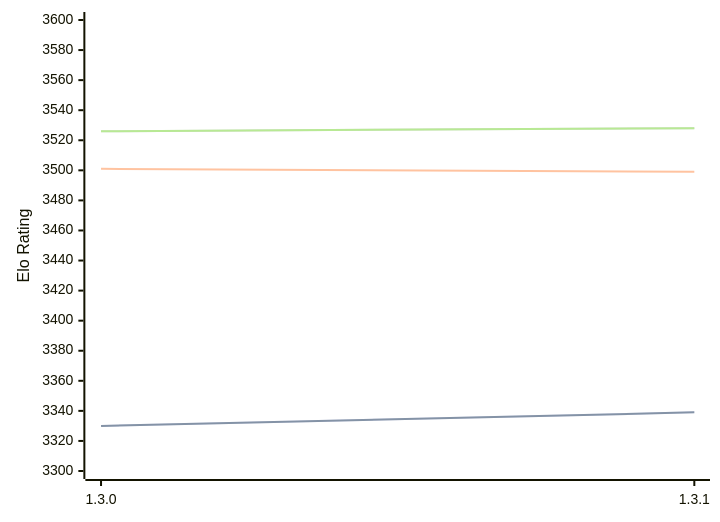
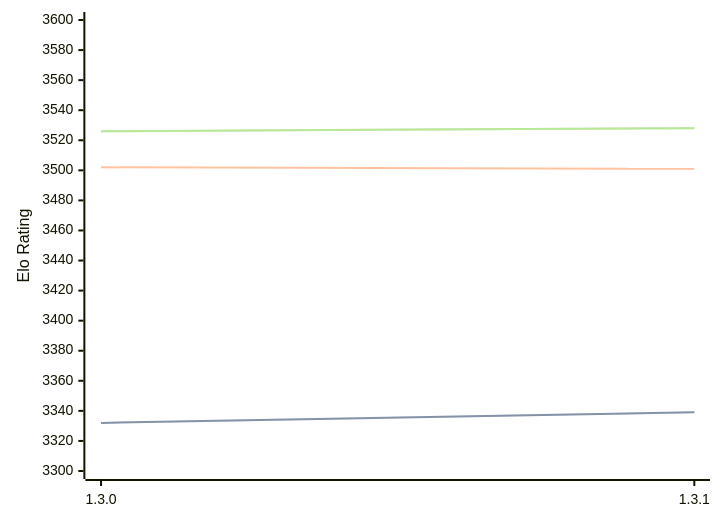
Before and after one commit to computer-chess-index/cci: the diagram in engines/Renegade.md, drawn with Mermaid. The commit also changed other lines of this file, not shown here.

````diff
--- a/engines/Renegade.md
+++ b/engines/Renegade.md
@@ -42,11 +42,11 @@
 ```mermaid
 %%{init: {"theme":"base","themeVariables":{"seriesColors:['#a3a3a3','#222221','#faa371']}}}%%
 xychart-beta
   x-axis ["1.3.0", "1.3.1"]
   y-axis "Elo Rating" 3300 --> 3600
-  line "STC (8.0+0.08s)" [3330, 3339]
-  line "STC (8.0+0.08s)" [3330, 3339]
-  line "LTC (60.0+0.60s)" [3501, 3499]
+  line "STC (8.0+0.08s)" [3332, 3339]
+  line "STC (8.0+0.08s)" [3332, 3339]
+  line "LTC (60.0+0.60s)" [3502, 3501]
   line "VLTC (2m24s+1.12s)" [3526, 3528]
   line "VLTC (2m24s+1.12s)" [3526, 3528]
 ```
````
